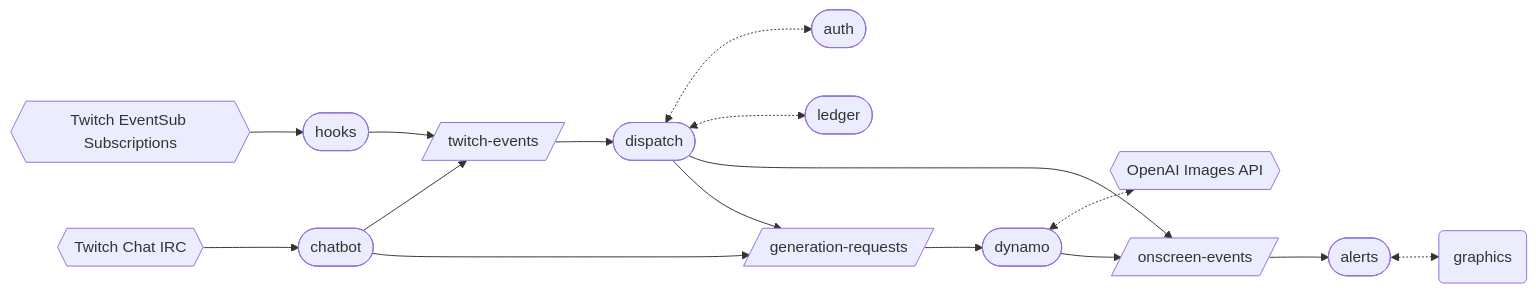
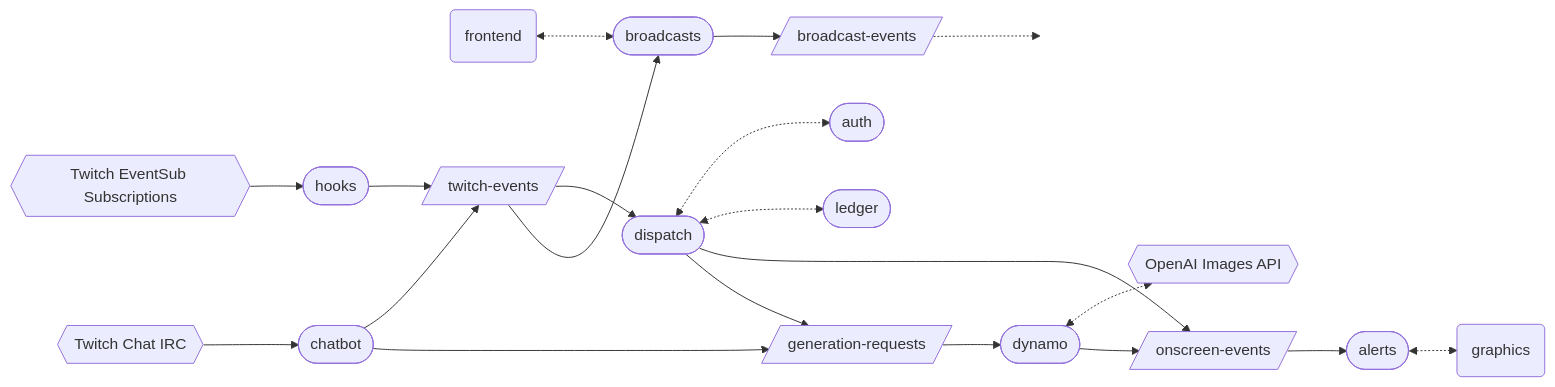
One commit to golden-vcr/schemas changed the first of 6 diagrams in README.md. Above: the diagram before and after it, drawn with Mermaid. The commit also changed other lines of this file and 5 other files, not shown here.

Commit message:
Add broadcast-events schema

````diff
--- a/README.md
+++ b/README.md
@@ -10,36 +10,44 @@
 ```mermaid
 flowchart LR
     twitch-event-sub{{Twitch EventSub Subscriptions}}
     twitch-irc{{Twitch Chat IRC}}
     openai{{OpenAI Images API}}
 
     hooks([hooks])
     chatbot([chatbot])
+    broadcasts([broadcasts])
     dispatch([dispatch])
     auth([auth])
     ledger([ledger])
     dynamo([dynamo])
     alerts([alerts])
 
+    frontend(frontend)
     graphics(graphics)
 
     twitch-events[/twitch-events/]
+    broadcast-events[/broadcast-events/]
     onscreen-events[/onscreen-events/]
     generation-requests[/generation-requests/]
 
     twitch-event-sub --> hooks
     twitch-irc --> chatbot
     hooks --> twitch-events
     chatbot --> twitch-events
     twitch-events --> dispatch
+    frontend <-.-> broadcasts
+    twitch-events --> broadcasts
+    broadcasts --> broadcast-events
     dispatch <-.-> auth
     dispatch <-.-> ledger
     dispatch --> onscreen-events
     dispatch --> generation-requests
     chatbot --> generation-requests
     onscreen-events --> alerts
     alerts <-.-> graphics
     generation-requests --> dynamo([dynamo])
     dynamo <-.-> openai{{OpenAI Images API}}
     dynamo --> onscreen-events[/onscreen-events/]
+    broadcast-events -.-> OUT:::hidden
+    classDef hidden display: none;
 ```
````
